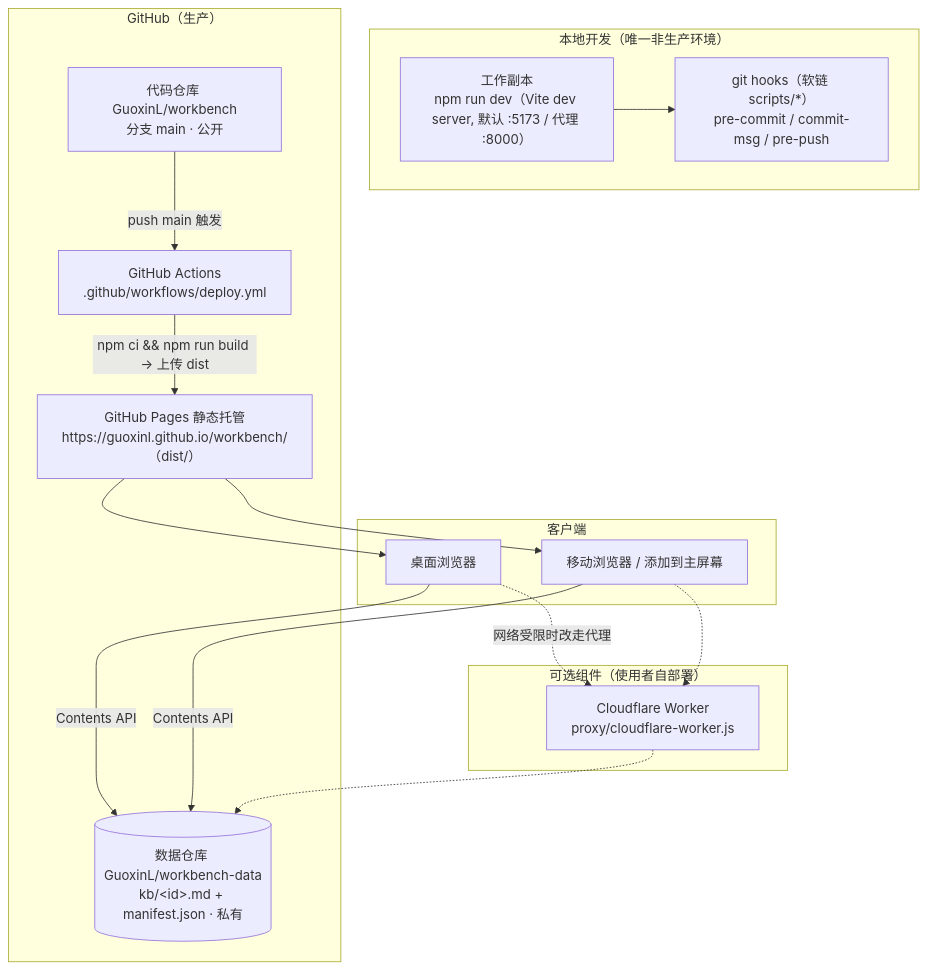
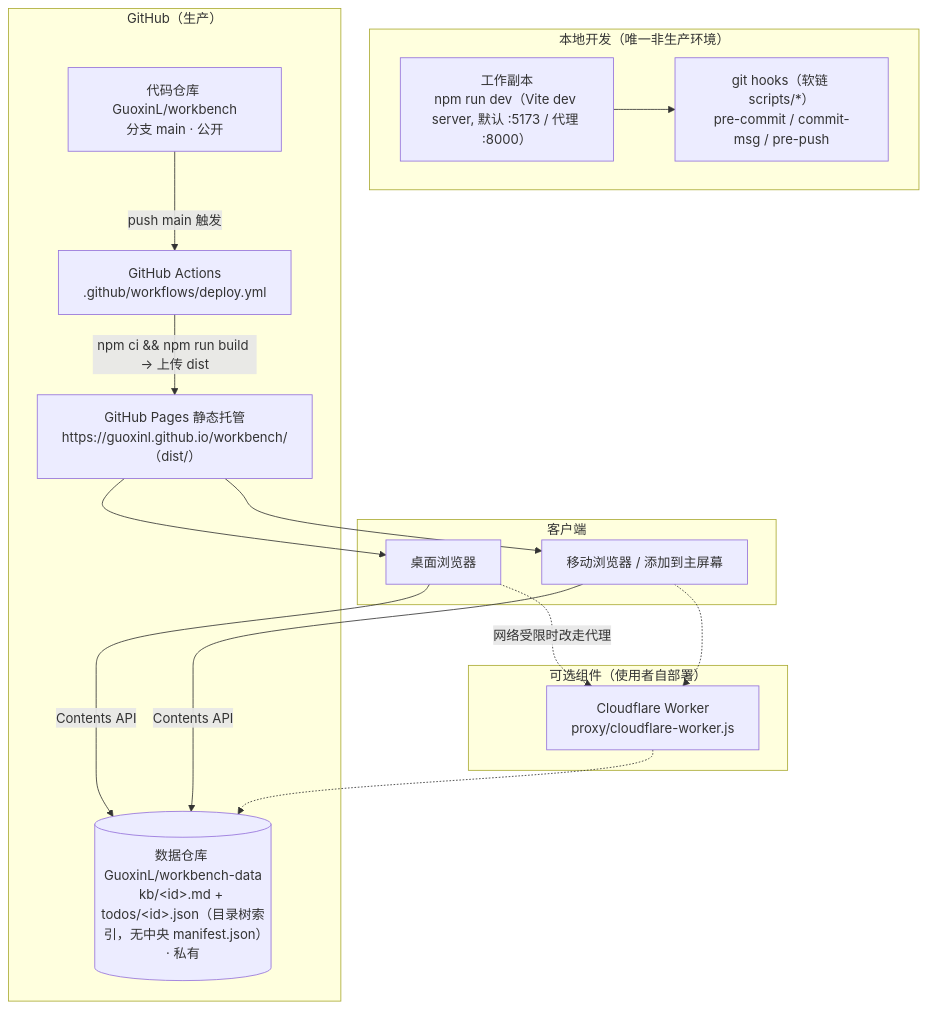
Before and after one commit to GuoxinL/workbench: the fifth of 5 diagrams in .harness/docs/architecture.md, drawn with Mermaid. The commit also changed other lines of this file and 18 other files, not shown here.

First line of the commit message:
docs(harness): 对齐权威文档到去中央 manifest.json 新架构

````diff
--- a/.harness/docs/architecture.md
+++ b/.harness/docs/architecture.md
@@ -319,34 +319,34 @@
 ```mermaid
 graph TD
     subgraph Dev["本地开发（唯一非生产环境）"]
         SRC["工作副本<br/>npm run dev（Vite dev server, 默认 :5173 / 代理 :8000）"]
         HOOK["git hooks（软链 scripts/*）<br/>pre-commit / commit-msg / pre-push"]
         SRC --> HOOK
     end
 
     subgraph GitHubOrg["GitHub（生产）"]
         CodeRepo["代码仓库 GuoxinL/workbench<br/>分支 main · 公开"]
         Actions["GitHub Actions<br/>.github/workflows/deploy.yml"]
         PagesCDN["GitHub Pages 静态托管<br/>https://guoxinl.github.io/workbench/（dist/）"]
-        DataRepo[("数据仓库 GuoxinL/workbench-data<br/>kb/&lt;id&gt;.md + manifest.json · 私有")]
+        DataRepo[("数据仓库 GuoxinL/workbench-data<br/>kb/&lt;id&gt;.md + todos/&lt;id&gt;.json（目录树索引，无中央 manifest.json）· 私有")]
         CodeRepo -->|"push main 触发"| Actions
         Actions -->|"npm ci && npm run build → 上传 dist"| PagesCDN
     end
 
     subgraph Optional["可选组件（使用者自部署）"]
         CFW["Cloudflare Worker<br/>proxy/cloudflare-worker.js"]
     end
 
     subgraph Clients["客户端"]
         Desktop["桌面浏览器"]
         Mobile["移动浏览器 / 添加到主屏幕"]
     end
 
     PagesCDN --> Desktop
     PagesCDN --> Mobile
     Desktop -->|"Contents API"| DataRepo
     Mobile -->|"Contents API"| DataRepo
     Desktop -.->|"网络受限时改走代理"| CFW
     Mobile -.-> CFW
     CFW -.-> DataRepo
 ```
````
